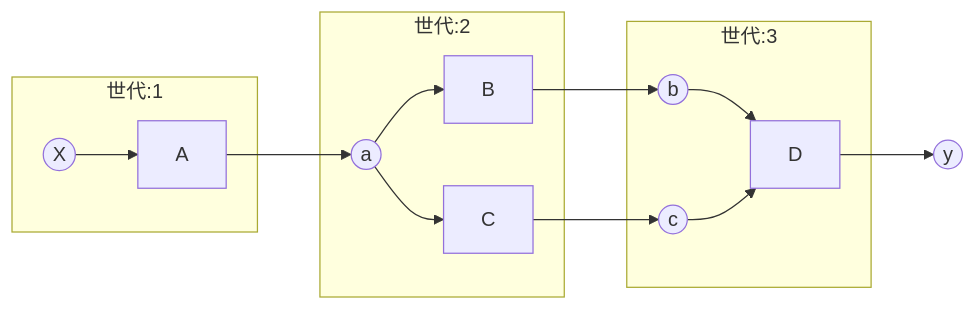
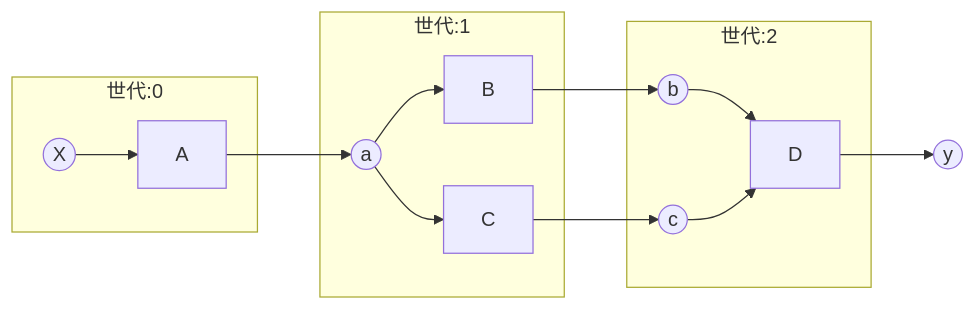
Diagram 12 of 13 in docs/book-basic/src/Aut_dif_realnumber/bibun_riron_hukuzatu.md (chitono/StuCrs), drawn with Mermaid before and after one commit. The commit also changed other lines of this file, not shown here.

````diff
--- a/docs/book-basic/src/Aut_dif_realnumber/bibun_riron_hukuzatu.md
+++ b/docs/book-basic/src/Aut_dif_realnumber/bibun_riron_hukuzatu.md
@@ -187,18 +187,18 @@
  ```mermaid
 graph LR
- subgraph 世代:1
+ subgraph 世代:0
  X((X)) --> A[A]
  end
- subgraph 世代:2
+ subgraph 世代:1
  A --> a((a))
  a --> B[B]
  a --> C[C]
  end
- subgraph 世代:3
+ subgraph 世代:2
  B --> b((b))
  C --> c((c))
  b --> D[D]
  c --> D
  end
  D --> y((y))
 ```
````
